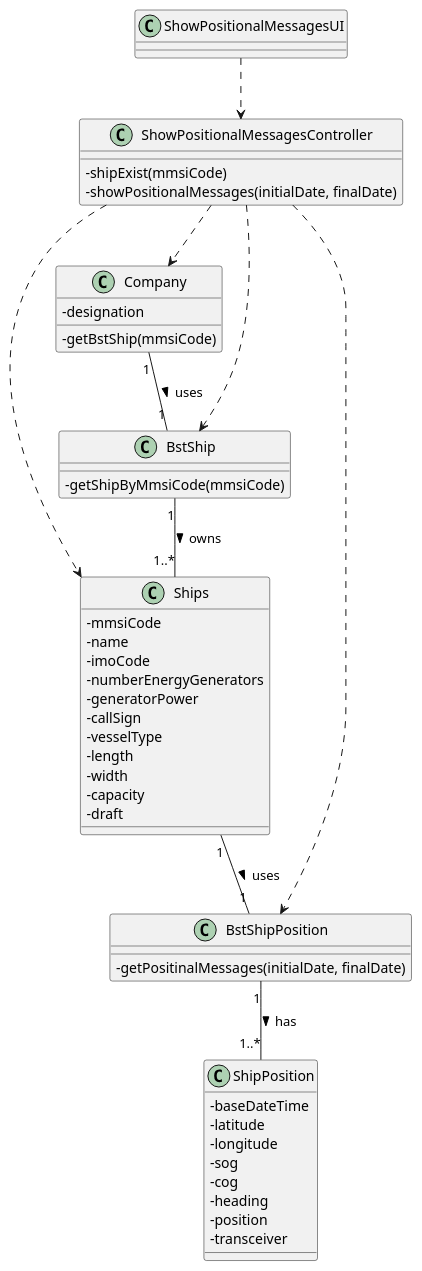
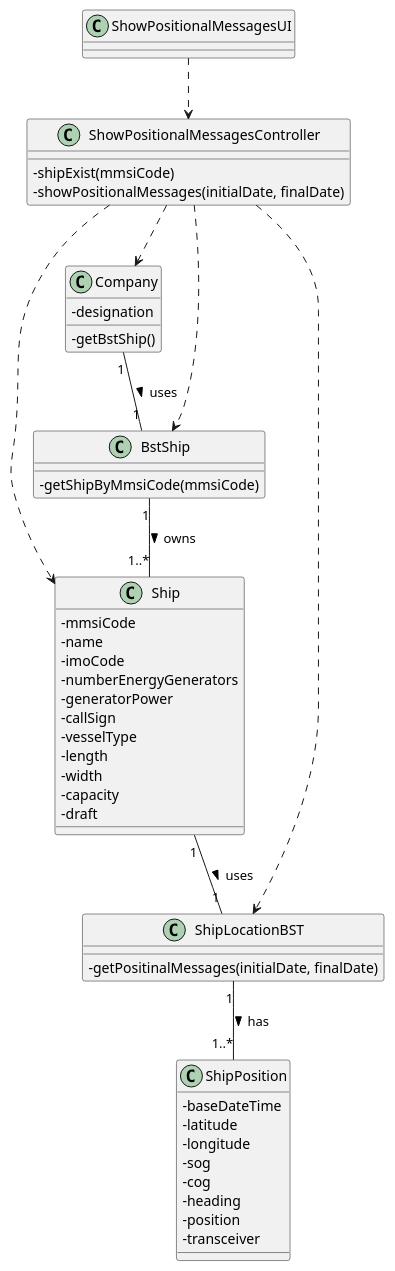
One commit to 0franciscor/lapr3-2021-g042 changed the diagram in docs/US103/US103_CD.puml. Above: the diagram before and after it, drawn with PlantUML. The commit also changed 7 other files, not shown here.

```diff
--- a/docs/US103/US103_CD.puml
+++ b/docs/US103/US103_CD.puml
@@ -1,66 +1,66 @@
 @startuml
 'https://plantuml.com/class-diagram
 
 skinparam classAttributeIconSize 0
 
-class Ships {
+class Ship {
 -mmsiCode
 -name
 -imoCode
 -numberEnergyGenerators
 -generatorPower
 -callSign
 -vesselType
 -length
 -width
 -capacity
 -draft
 }
 
 class ShipPosition {
 -baseDateTime
 -latitude
 -longitude
 -sog
 -cog
 -heading
 -position
 -transceiver
 }
 
 class BstShip {
 -getShipByMmsiCode(mmsiCode)
 }
 
-class BstShipPosition {
+class ShipLocationBST {
 -getPositinalMessages(initialDate, finalDate)
 }
 
 class ShowPositionalMessagesUI {}
 
 class ShowPositionalMessagesController {
 -shipExist(mmsiCode)
 -showPositionalMessages(initialDate, finalDate)
 }
 
 class Company {
 -designation
--getBstShip(mmsiCode)
+-getBstShip()
 }
 
-BstShip "1" -- "1..*" Ships : owns >
-BstShipPosition "1" -- "1..*" ShipPosition : has >
+BstShip "1" -- "1..*" Ship : owns >
+ShipLocationBST "1" -- "1..*" ShipPosition : has >
 
 Company "1" -- "1" BstShip : uses >
 
-Ships "1" -- "1" BstShipPosition : uses >
+Ship "1" -- "1" ShipLocationBST : uses >
 
 ShowPositionalMessagesUI ..> ShowPositionalMessagesController
 
 ShowPositionalMessagesController ..> Company
 ShowPositionalMessagesController ..> BstShip
-ShowPositionalMessagesController ..> Ships
-ShowPositionalMessagesController ..> BstShipPosition
+ShowPositionalMessagesController ..> Ship
+ShowPositionalMessagesController ..> ShipLocationBST
 
 
 @enduml
```
